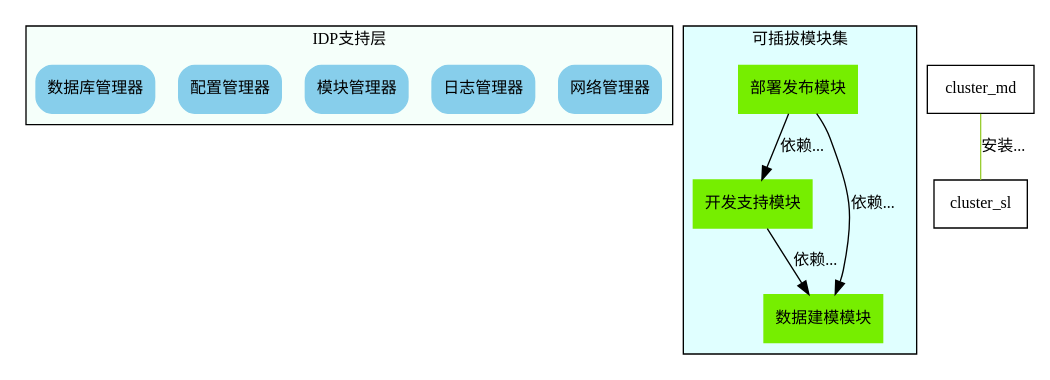
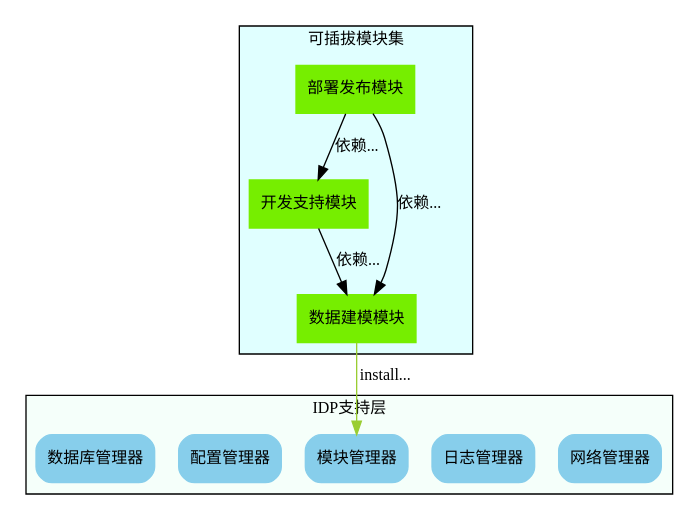
Before and after one commit to otfsenter/idlepig: the third of 3 diagrams in source/vim/test1.rst, drawn with Graphviz.

Commit message:
cluster to cluster 2

```diff
--- a/source/vim/test1.rst
+++ b/source/vim/test1.rst
@@ -63,35 +63,36 @@
 .. graphviz::
    
    digraph idp_modules{
+     compound=true;
      fontname = "Microsoft YaHei";
      rankdir = TB;
      fontsize = 12;
      
      node [fontname = "Microsoft YaHei", fontsize = 12, shape = "record" ];
      edge [fontname = "Microsoft YaHei", fontsize = 12 ];
      
          subgraph cluster_sl{
              label="IDP支持层";
              bgcolor="mintcream";
              node [shape="Mrecord", color="skyblue", style="filled"];
              network_mgr [label="网络管理器"];
              log_mgr [label="日志管理器"];
              module_mgr [label="模块管理器"];
              conf_mgr [label="配置管理器"];
              db_mgr [label="数据库管理器"];
          };
      
          subgraph cluster_md{
              label="可插拔模块集";
              bgcolor="lightcyan";
              node [color="chartreuse2", style="filled"];
              mod_dev [label="开发支持模块"];
              mod_dm [label="数据建模模块"];
              mod_dp [label="部署发布模块"];
          };
      
      mod_dp -> mod_dev [label="依赖..."];
      mod_dp -> mod_dm [label="依赖..."];
      mod_dev -> mod_dm [label="依赖..."];
-     cluster_md -> cluster_sl [label="安装...", color="yellowgreen", arrowhead="none"];
+     mod_dm -> module_mgr [label="install...", color="yellowgreen", ltail=cluster_sl, lhead=cluster_md];
    }
```
